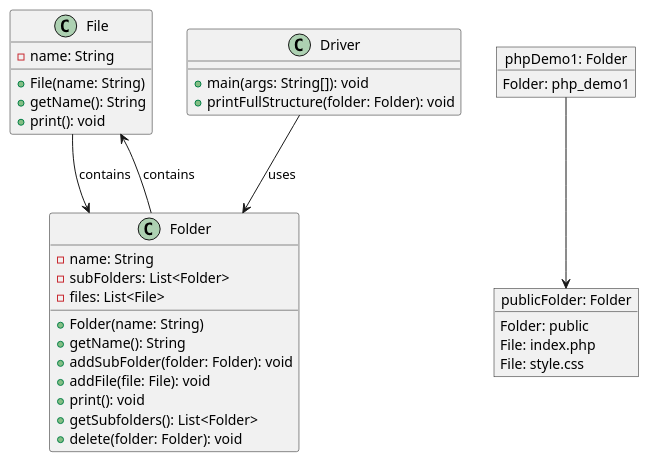
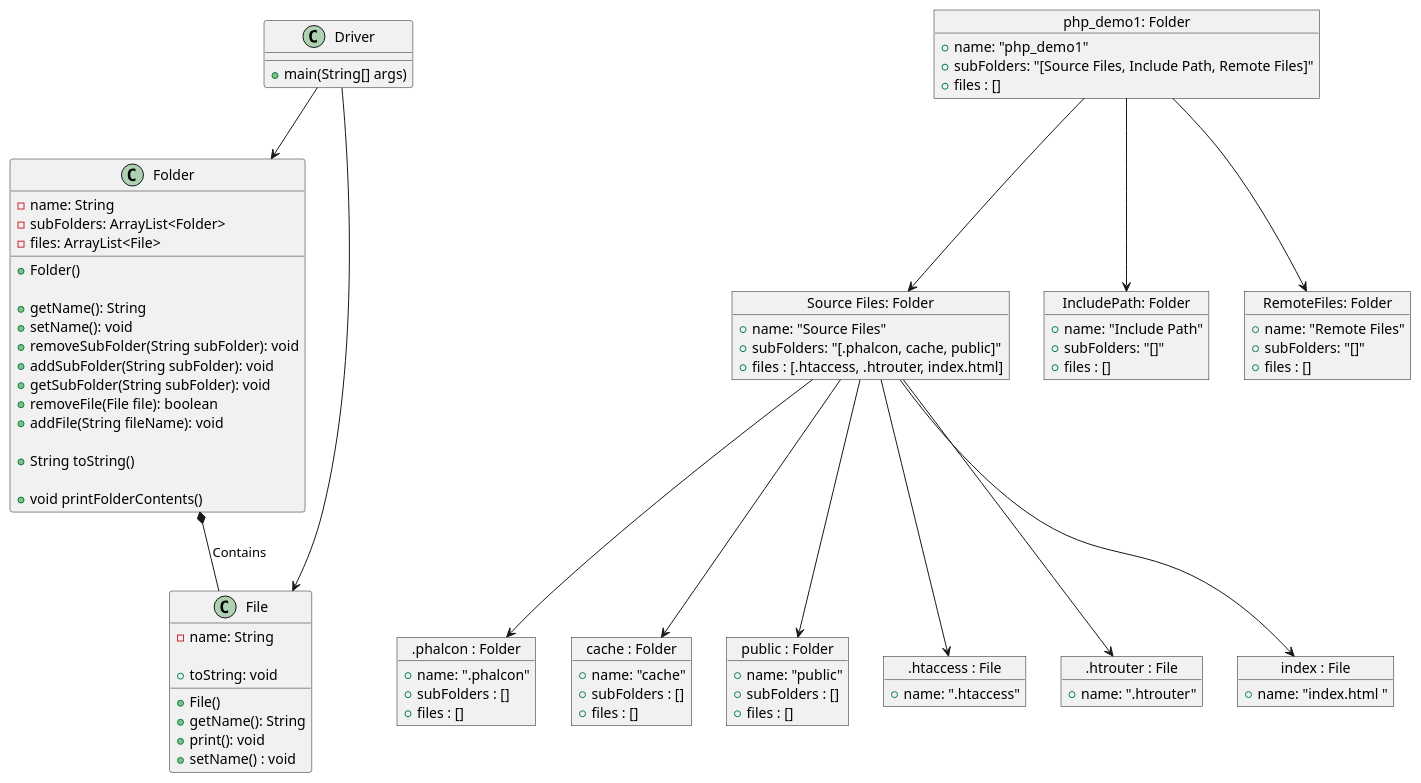
One commit to sosropartono/CS-5800 changed the diagram in HW1/Part4/Part4-obj.puml. Above: the diagram before and after it, drawn with PlantUML. The commit also changed 2 other files, not shown here.

```diff
--- a/HW1/Part4/Part4-obj.puml
+++ b/HW1/Part4/Part4-obj.puml
@@ -1,47 +1,126 @@
 @startuml
 'https://plantuml.com/object-diagram
 
 
+Driver --> Folder
+Driver --> File
+Folder *-- File : Contains
+class Driver {
++ main(String[] args)
+}
+
+
+class Folder{
+- name: String
+- subFolders: ArrayList<Folder>
+- files: ArrayList<File>
+
+
++Folder()
+
++  getName(): String
++ setName(): void
+
+
++ removeSubFolder(String subFolder): void
++addSubFolder(String subFolder): void
++getSubFolder(String subFolder): void
++ removeFile(File file): boolean
++ addFile(String fileName): void
+
++ String toString()
+
++void printFolderContents()
+}
 class File {
     - name: String
 
-    + File(name: String)
+    + File()
     + getName(): String
     + print(): void
+    + setName() : void
+    + toString: void
 }
 
-class Folder {
-    - name: String
-    - subFolders: List<Folder>
-    - files: List<File>
 
-    + Folder(name: String)
-    + getName(): String
-    + addSubFolder(folder: Folder): void
-    + addFile(file: File): void
-    + print(): void
-    + getSubfolders(): List<Folder>
-    + delete(folder: Folder): void
+object "php_demo1: Folder" as php_demo1{
++ name: "php_demo1"
++ subFolders: "[Source Files, Include Path, Remote Files]"
++ files : []
+
+}
+object "Source Files: Folder" as SourceFiles{
++ name: "Source Files"
++ subFolders: "[.phalcon, cache, public]"
++ files : [.htaccess, .htrouter, index.html]
 }
 
-class Driver {
-    + main(args: String[]): void
-    + printFullStructure(folder: Folder): void
+object "IncludePath: Folder" as IncludePath{
++ name: "Include Path"
++ subFolders: "[]"
++ files : []
 }
 
-File --> Folder : contains
-Folder --> File : contains
-Driver --> Folder : uses
-
-object "phpDemo1: Folder" as phpDemo1 {
-    Folder: php_demo1
+object "RemoteFiles: Folder" as RemoteFiles{
++ name: "Remote Files"
++ subFolders: "[]"
++ files : []
 }
 
-object "publicFolder: Folder" as publicFolder {
-    Folder: public
-  File: index.php
-  File: style.css
+
+
+object ".phalcon : Folder" as .phalcon{
++name: ".phalcon"
++subFolders : []
++files : []
 }
 
-phpDemo1 --> publicFolder
+object "cache : Folder" as cache{
++name: "cache"
++subFolders : []
++files : []
+}
+
+
+object "public : Folder" as public{
++name: "public"
++subFolders : []
++files : []
+}
+
+object ".htaccess : File" as .htaccess{
++name: ".htaccess"
+
+}
+
+object ".htrouter : File" as .htrouter{
++name: ".htrouter"
+
+}
+
+object "index : File" as index{
++name: "index.html "
+
+}
+
+
+php_demo1 --> SourceFiles
+
+php_demo1 --> IncludePath
+php_demo1 --> RemoteFiles
+
+
+SourceFiles --> .phalcon
+SourceFiles --> cache
+SourceFiles --> public
+SourceFiles --> .htaccess
+SourceFiles --> .htrouter
+SourceFiles --> index
+
+
+
+
+
+
+
 @enduml
```
